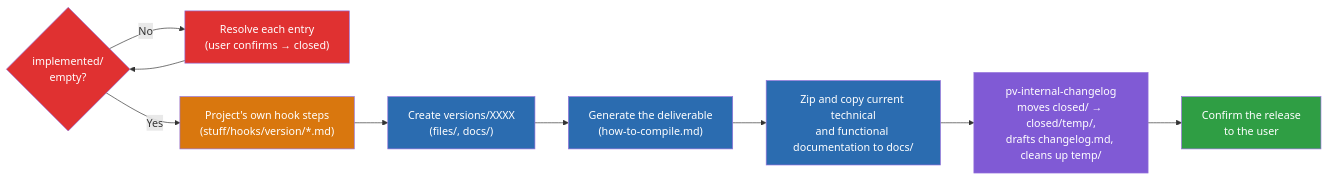
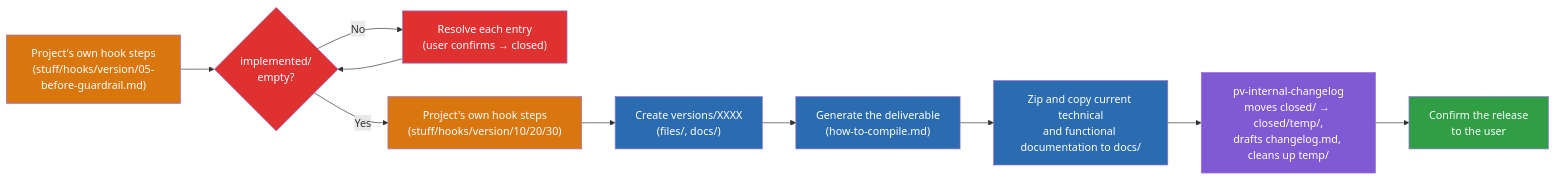
Before and after one commit to yeyopepe/previo-sdd: the diagram in .claude/skills/pv-version/version-flow-diagram.template.md, drawn with Mermaid. The commit also changed other lines of this file and 38 other files, not shown here.

````diff
--- a/.claude/skills/pv-version/version-flow-diagram.template.md
+++ b/.claude/skills/pv-version/version-flow-diagram.template.md
@@ -5,25 +5,27 @@
 ```mermaid
 flowchart LR
+    PreHook["Project's own hook steps\n(stuff/hooks/version/05-before-guardrail.md)"]
     Guard{"implemented/\nempty?"}
     Resolve["Resolve each entry\n(user confirms → closed)"]
-    Custom["Project's own hook steps\n(stuff/hooks/version/*.md)"]
+    Custom["Project's own hook steps\n(stuff/hooks/version/10/20/30)"]
     Folder["Create versions/XXXX\n(files/, docs/)"]
     Compile["Generate the deliverable\n(how-to-compile.md)"]
     Docs["Zip and copy current technical\nand functional documentation to docs/"]
     Changelog["pv-internal-changelog\nmoves closed/ → closed/temp/,\ndrafts changelog.md, cleans up temp/"]
     Confirm["Confirm the release\nto the user"]
 
+    PreHook --> Guard
     Guard -- No --> Resolve --> Guard
     Guard -- Yes --> Custom --> Folder --> Compile --> Docs --> Changelog --> Confirm
 
     classDef guardrail fill:#e03131,color:#fff
     classDef core fill:#2b6cb0,color:#fff
     classDef internal fill:#805ad5,color:#fff
     classDef extension fill:#d9770e,color:#fff
     classDef done fill:#2f9e44,color:#fff
     class Guard,Resolve guardrail
     class Folder,Compile,Docs core
     class Changelog internal
-    class Custom extension
+    class PreHook,Custom extension
     class Confirm done
 ```
````
